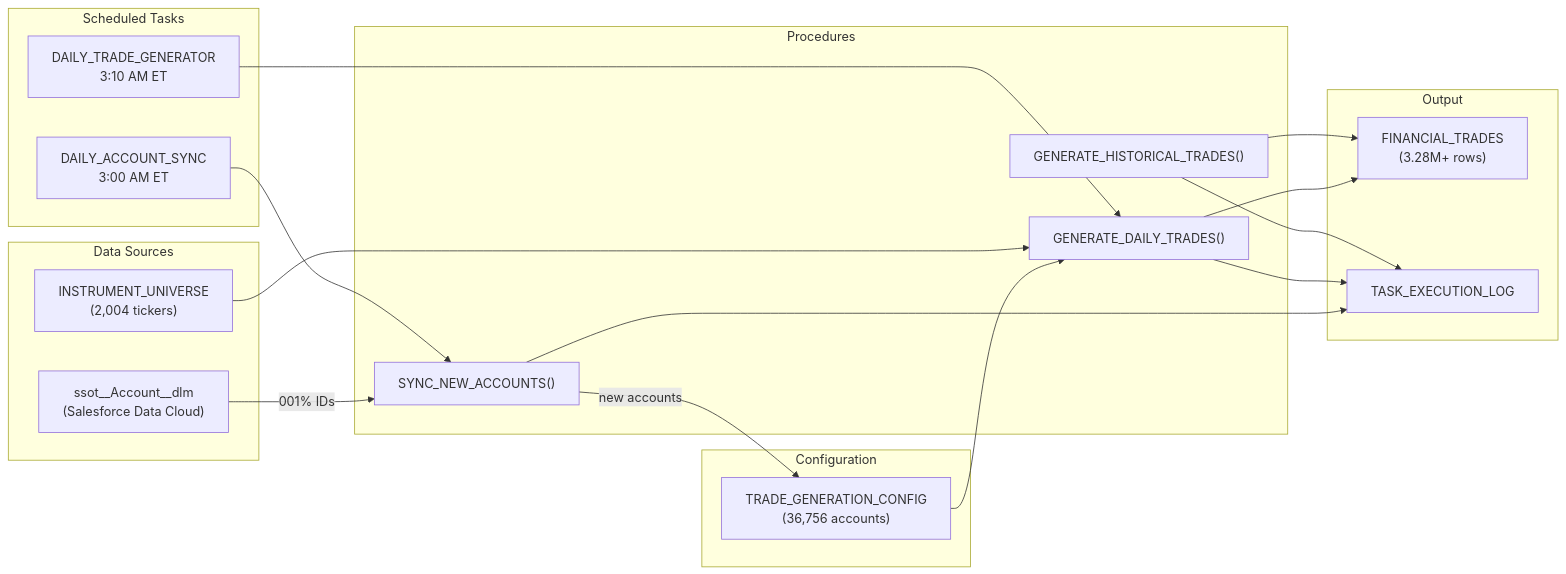
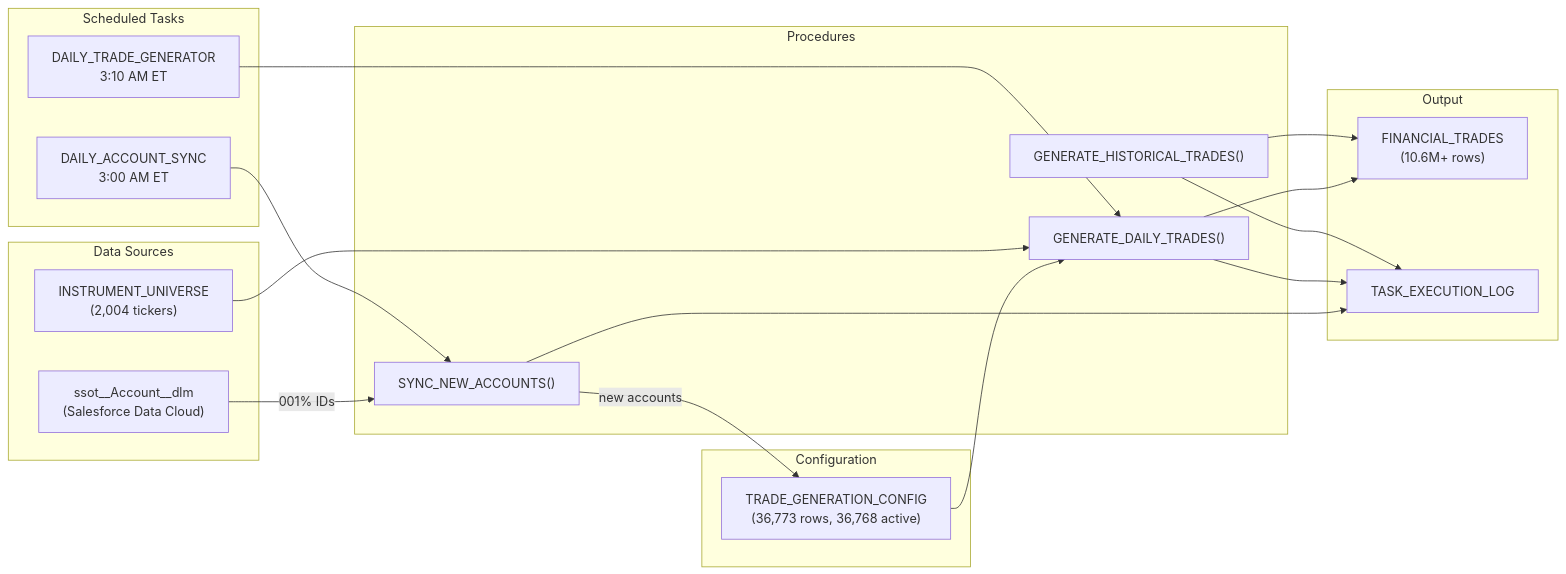
Before and after one commit to josers18/JDO: the diagram in Financial_Trades_Generation/README.md, drawn with Mermaid. The commit also changed other lines of this file and 3 other files, not shown here.

````diff
--- a/Financial_Trades_Generation/README.md
+++ b/Financial_Trades_Generation/README.md
@@ -35,39 +35,39 @@
 ```mermaid
 graph LR
     subgraph "Data Sources"
         A["ssot__Account__dlm<br/>(Salesforce Data Cloud)"]
         B["INSTRUMENT_UNIVERSE<br/>(2,004 tickers)"]
     end
 
     subgraph "Configuration"
-        C["TRADE_GENERATION_CONFIG<br/>(36,756 accounts)"]
+        C["TRADE_GENERATION_CONFIG<br/>(36,773 rows, 36,768 active)"]
     end
 
     subgraph "Scheduled Tasks"
         T1["DAILY_ACCOUNT_SYNC<br/>3:00 AM ET"]
         T2["DAILY_TRADE_GENERATOR<br/>3:10 AM ET"]
     end
 
     subgraph "Procedures"
         P1["SYNC_NEW_ACCOUNTS()"]
         P2["GENERATE_DAILY_TRADES()"]
         P3["GENERATE_HISTORICAL_TRADES()"]
     end
 
     subgraph "Output"
-        D["FINANCIAL_TRADES<br/>(3.28M+ rows)"]
+        D["FINANCIAL_TRADES<br/>(10.6M+ rows)"]
         E["TASK_EXECUTION_LOG"]
     end
 
     A -->|"001% IDs"| P1
     T1 --> P1
     P1 -->|"new accounts"| C
     C --> P2
     B --> P2
     T2 --> P2
     P2 --> D
     P3 --> D
     P1 --> E
     P2 --> E
     P3 --> E
 ```
````
